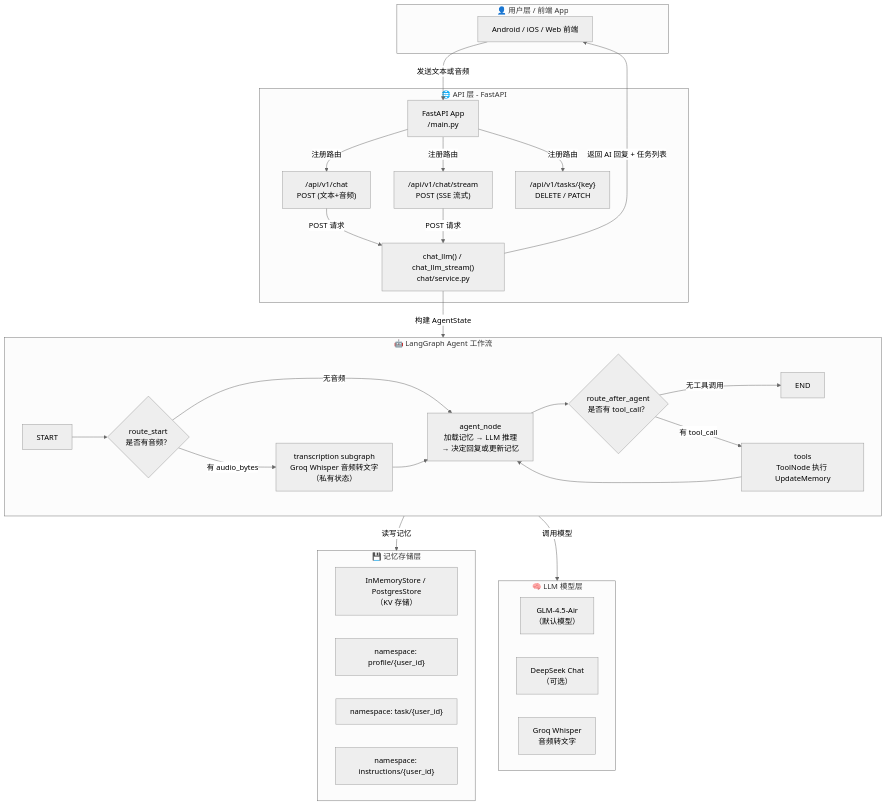
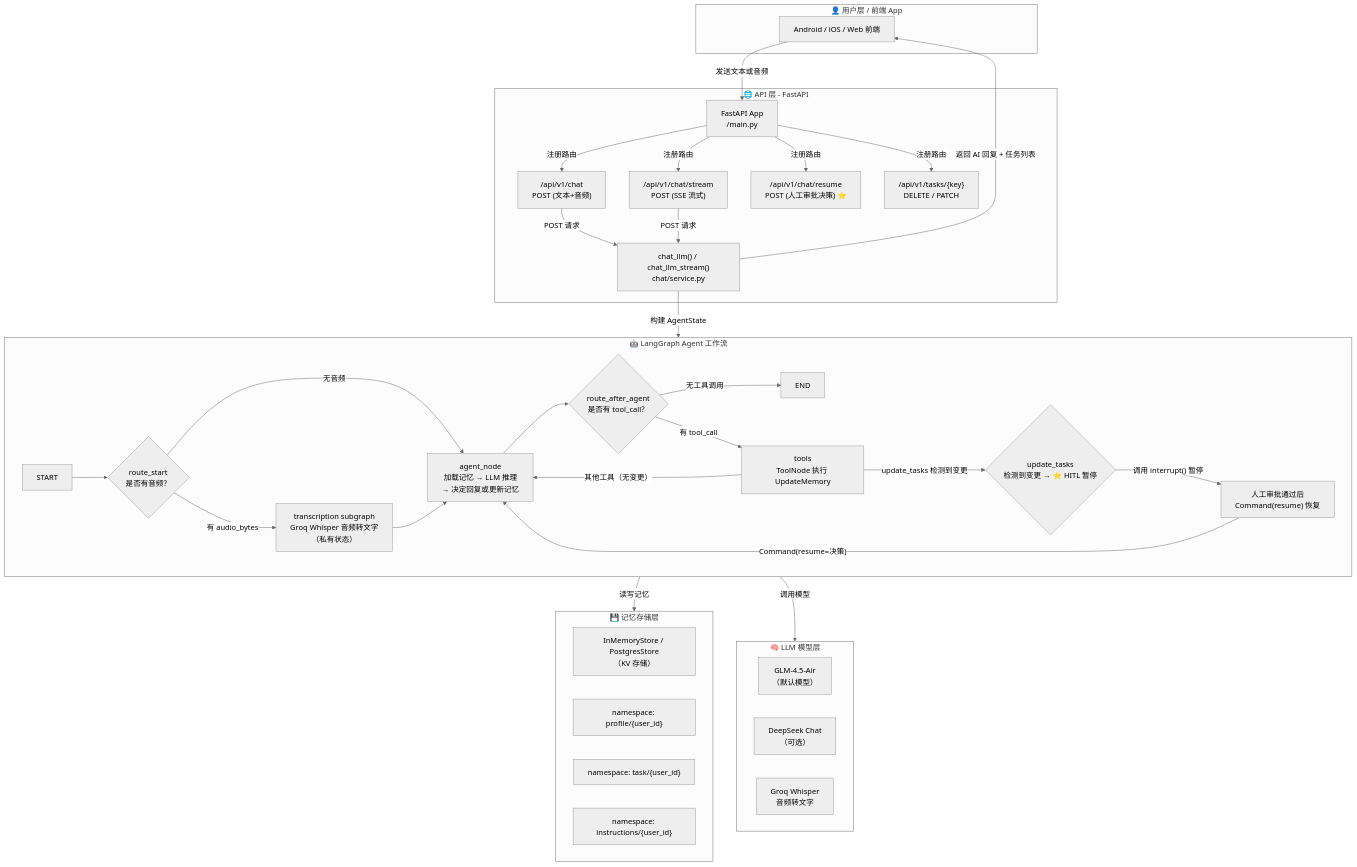
The diagram in 项目工作流程说明.md (Jiangshan2128/langgraph-toolcall-mcp-backend), drawn with Mermaid (neutral theme) before and after one commit. The commit also changed other lines of this file and 6 other files, not shown here.

````diff
--- a/项目工作流程说明.md
+++ b/项目工作流程说明.md
@@ -68,57 +68,64 @@
 ```mermaid
 flowchart TB
     subgraph 用户层["👤 用户层 / 前端 App"]
         User["Android / iOS / Web 前端"]
     end
 
     subgraph API层["🌐 API 层 - FastAPI"]
         MainRouter["FastAPI App\n/main.py"]
         ChatRouter["/api/v1/chat\nPOST (文本+音频)"]
         ChatRouter2["/api/v1/chat/stream\nPOST (SSE 流式)"]
+        ChatResume["/api/v1/chat/resume\nPOST (人工审批决策) ⭐"]
         TaskRouter["/api/v1/tasks/{key}\nDELETE / PATCH"]
         ChatService["chat_llm() / chat_llm_stream()\nchat/service.py"]
     end
 
     subgraph Agent层["🤖 LangGraph Agent 工作流"]
         START["START"]
         RouteStart{"route_start\n是否有音频？"}
         Transcription["transcription subgraph\nGroq Whisper 音频转文字\n（私有状态）"]
         AgentNode["agent_node\n加载记忆 → LLM 推理\n→ 决定回复或更新记忆"]
         RouteAfter{"route_after_agent\n是否有 tool_call？"}
         ToolsNode["tools\nToolNode 执行 UpdateMemory"]
+        HITL{"update_tasks\n检测到变更 → ⭐ HITL 暂停"}
+        Resume["人工审批通过后\nCommand(resume) 恢复"]
         END["END"]
 
         START --> RouteStart
         RouteStart -- "有 audio_bytes" --> Transcription
         RouteStart -- "无音频" --> AgentNode
         Transcription --> AgentNode
         AgentNode --> RouteAfter
         RouteAfter -- "无工具调用" --> END
         RouteAfter -- "有 tool_call" --> ToolsNode
-        ToolsNode --> AgentNode
+        ToolsNode -- "update_tasks 检测到变更" --> HITL
+        HITL -- "调用 interrupt() 暂停" --> Resume
+        Resume -- "Command(resume=决策)" --> AgentNode
+        ToolsNode -- "其他工具（无变更）" --> AgentNode
     end
 
     subgraph 记忆层["💾 记忆存储层"]
         MemStore["InMemoryStore / PostgresStore\n（KV 存储）"]
         ProfileNS["namespace: profile/{user_id}"]
         TaskNS["namespace: task/{user_id}"]
         InstrNS["namespace: instructions/{user_id}"]
     end
 
     subgraph LLM层["🧠 LLM 模型层"]
         GLM["GLM-4.5-Air\n（默认模型）"]
         DeepSeek["DeepSeek Chat\n（可选）"]
         GroqWhisper["Groq Whisper\n音频转文字"]
     end
 
     User -->|"发送文本或音频"| MainRouter
     MainRouter -->|"注册路由"| ChatRouter
     MainRouter -->|"注册路由"| ChatRouter2
+    MainRouter -->|"注册路由"| ChatResume
     MainRouter -->|"注册路由"| TaskRouter
     ChatRouter -->|"POST 请求"| ChatService
     ChatRouter2 -->|"POST 请求"| ChatService
     ChatService -->|"构建 AgentState"| Agent层
     Agent层 -->|"读写记忆"| 记忆层
     Agent层 -->|"调用模型"| LLM层
     ChatService -->|"返回 AI 回复 + 任务列表"| User
 ```
````
